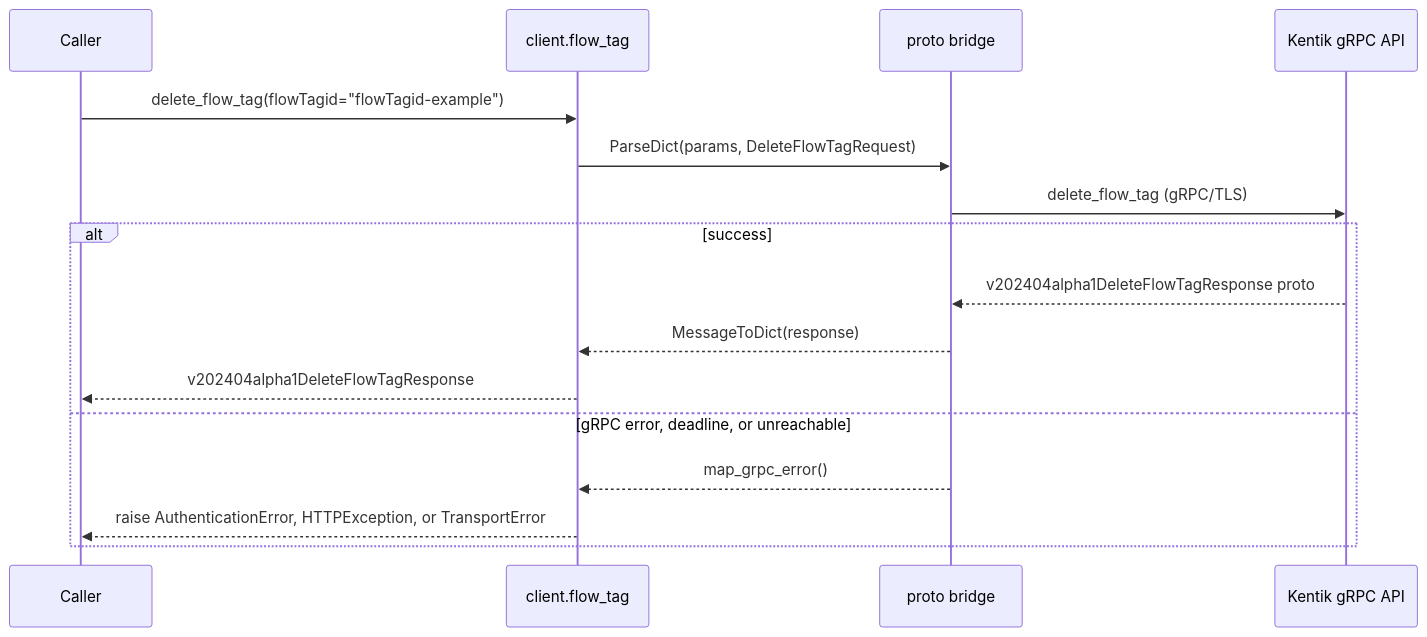
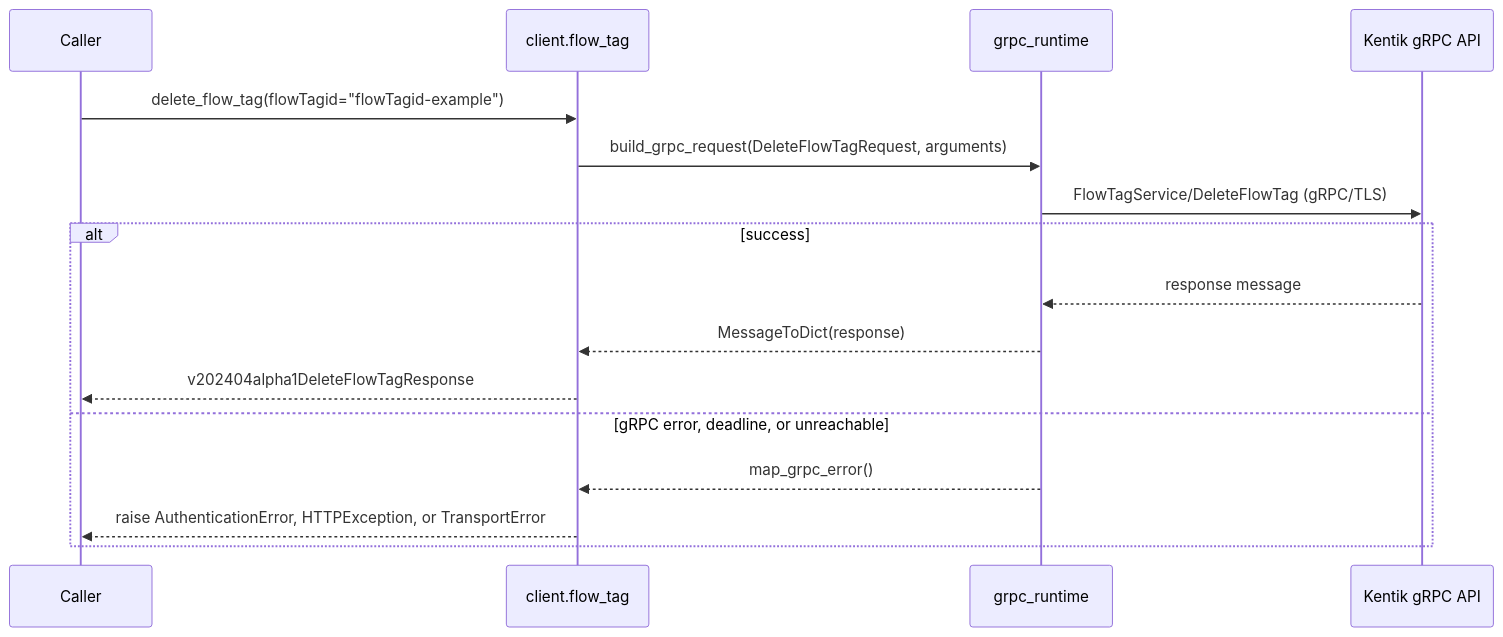
One commit to alexdearaujo/community_sdk_python changed diagram 11 of 12 in docs/sphinx/services/flow_tag.md. Above: the diagram before and after it, drawn with Mermaid. The commit also changed other lines of this file and 37 other files, not shown here.

First line of the commit message:
docs: show the real RPC in each service page's gRPC diagram

````diff
--- a/docs/sphinx/services/flow_tag.md
+++ b/docs/sphinx/services/flow_tag.md
@@ -367,19 +367,19 @@
 ```mermaid
 sequenceDiagram
     participant C as Caller
     participant W as client.flow_tag
-    participant B as proto bridge
+    participant R as grpc_runtime
     participant API as Kentik gRPC API
 
     C->>W: delete_flow_tag(flowTagid="flowTagid-example")
-    W->>B: ParseDict(params, DeleteFlowTagRequest)
-    B->>API: delete_flow_tag (gRPC/TLS)
+    W->>R: build_grpc_request(DeleteFlowTagRequest, arguments)
+    R->>API: FlowTagService/DeleteFlowTag (gRPC/TLS)
     alt success
-        API-->>B: v202404alpha1DeleteFlowTagResponse proto
-        B-->>W: MessageToDict(response)
+        API-->>R: response message
+        R-->>W: MessageToDict(response)
         W-->>C: v202404alpha1DeleteFlowTagResponse
     else gRPC error, deadline, or unreachable
-        B-->>W: map_grpc_error()
+        R-->>W: map_grpc_error()
         W-->>C: raise AuthenticationError, HTTPException, or TransportError
     end
 ```
````
